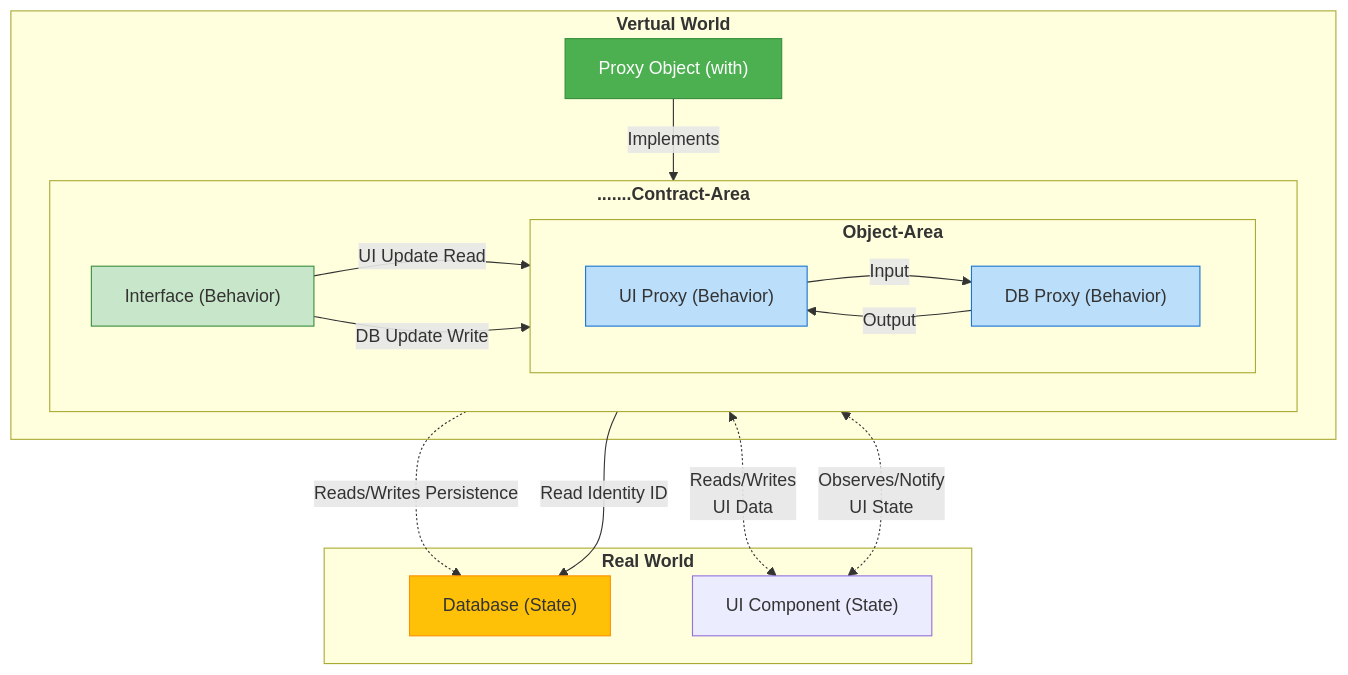
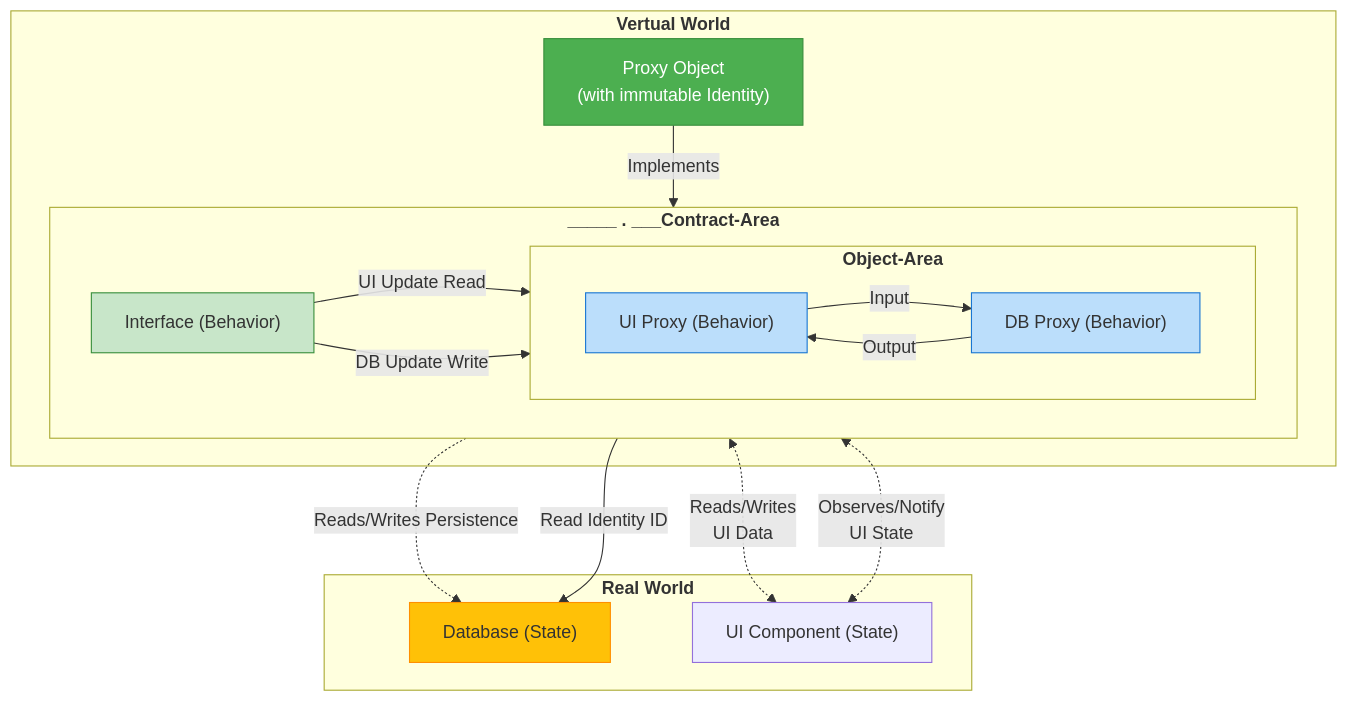
Before and after one commit to andreas-wagner-dev/object-oriented-learning-journey: the diagram in blog/good_object_mechanics.md, drawn with Mermaid.

````diff
--- a/blog/good_object_mechanics.md
+++ b/blog/good_object_mechanics.md
@@ -353,55 +353,55 @@
 ```mermaid
 %% Diagram 3: Simplified Flow of Data Animation and Behavior Delegation
 graph TB
     %% 1. Immutable Domain Object 
     subgraph "<b>Vertual World</b>"
 
-        A["Proxy Object (with)"]
+        A["Proxy Object<br/>(with immutable Identity)"]
         style A fill:#4CAF50,stroke:#388E3C,color:#fff
 
         %% 2. The Contract and Behavior Delegation
-        subgraph "<b>.......Contract-Area</b>"
+        subgraph "<b>_____ . ___Contract-Area</b>"
         direction LR
             B["Interface (Behavior)"]
             style B fill:#C8E6C9,stroke:#388E3C
         
             %% 3. Technical Object Area (Real World Interface)
             subgraph "<b>Object-Area</b>"
              direction LR
                 C["UI Proxy (Behavior)"]
                 D["DB Proxy (Behavior)"]
 
                 style C fill:#BBDEFB,stroke:#1976D2
                 style D fill:#BBDEFB,stroke:#1976D2
             
                 %% Internal interface communication.
             
             end
 
         end
 
     end
 
     %% 4. The Real Mutable Data Storage
     subgraph "<b>Real World</b>"
         F["Database (State)"]
         style F fill:#FFC107,stroke:#FF8F00
 
         C <-.->|Reads/Writes<br/>UI Data| E["UI Component (State)"]
         C <-.->|Observes/Notify<br/>UI State| E
         D -.->|Reads/Writes Persistence| F
     end
     
     %% The Immutable Object holds the key and delegates all work to the interface.
 
     A -- Implements --> B
     D -- Read Identity ID --> F
 
     %% The Interface is implemented by the technical components.
 
     B -- UI Update Read --> C
     B -- DB Update Write --> D
 
    C -- Input --> D
    D -- Output --> C
 ```
````
